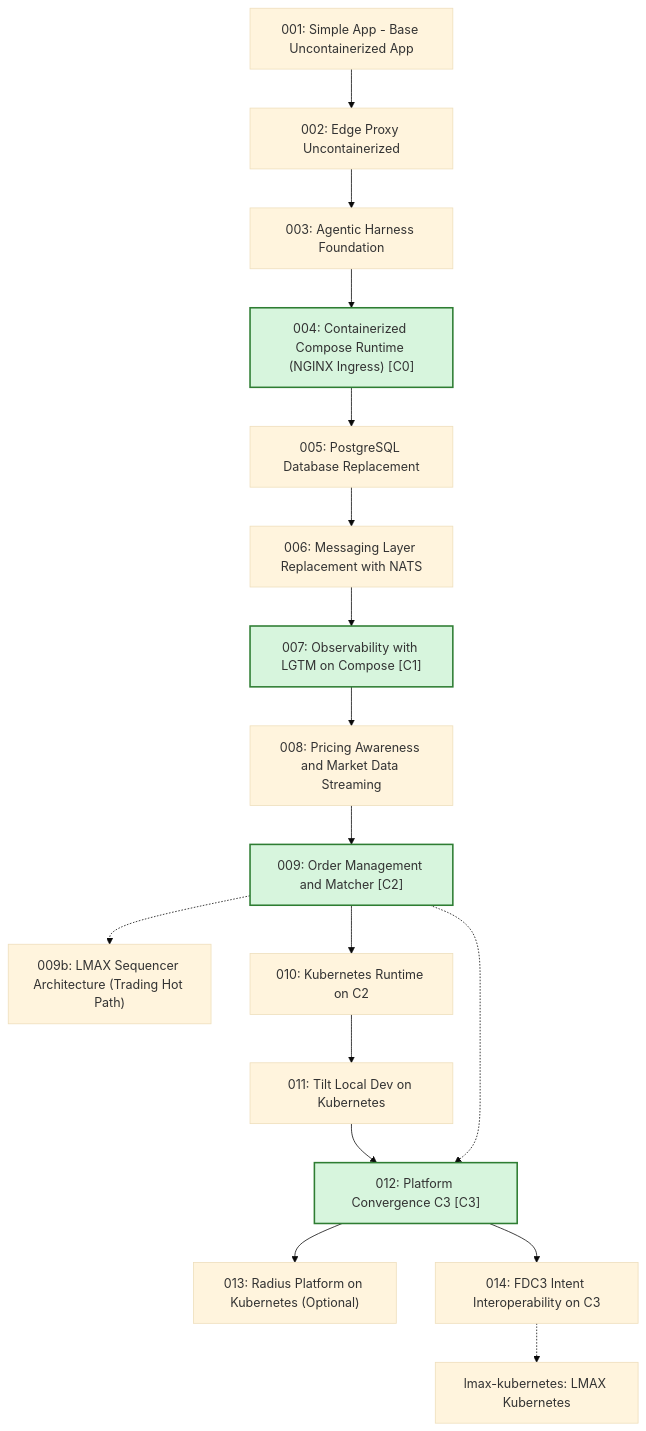
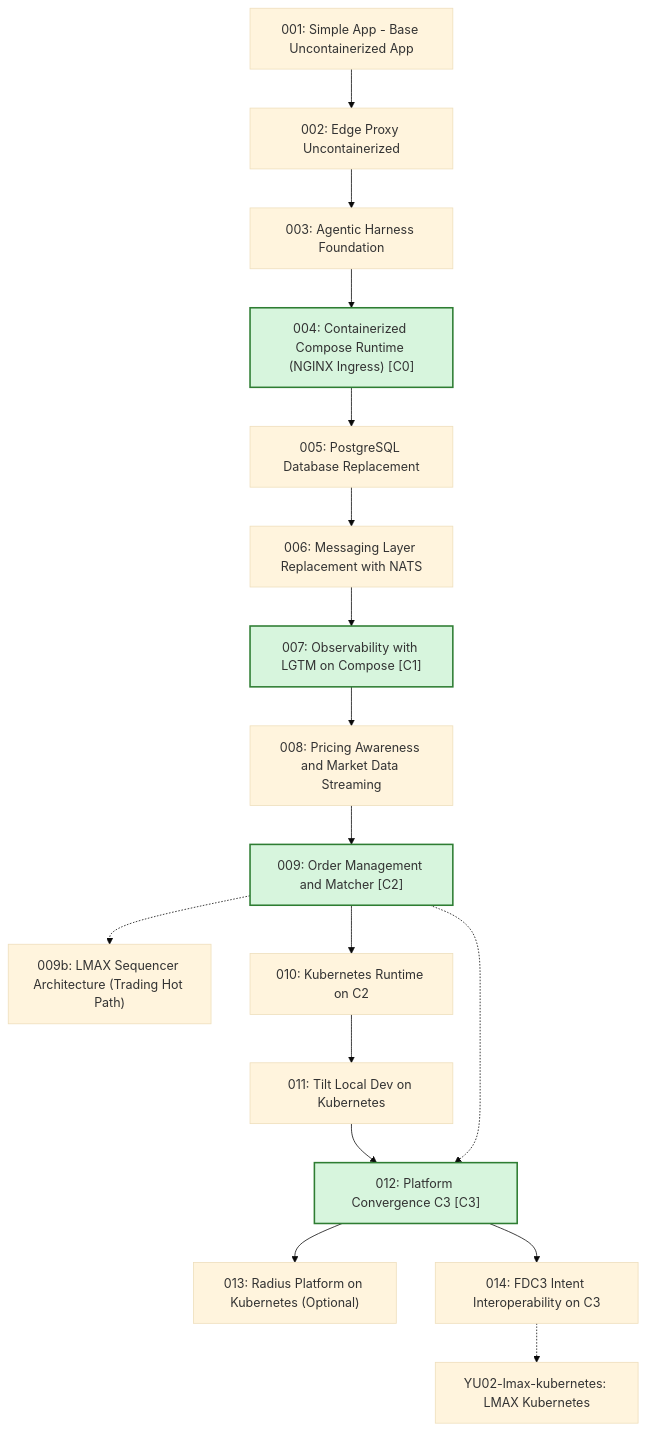
The second of 3 diagrams in docs/learning-paths/index.md (YU-CS-Summer-2026-Distributed-TraderX/traderX), drawn with Mermaid (base theme) before and after one commit. The commit also changed other lines of this file and 229 other files, not shown here.

````diff
--- a/docs/learning-paths/index.md
+++ b/docs/learning-paths/index.md
@@ -36,56 +36,56 @@
 ```mermaid
 flowchart TB
   S001_baseline_uncontainerized_parity["001: Simple App - Base Uncontainerized App"]
   S002_edge_proxy_uncontainerized["002: Edge Proxy Uncontainerized"]
   S003_agentic_harness_foundation["003: Agentic Harness Foundation"]
   S004_containerized_compose_runtime["004: Containerized Compose Runtime (NGINX Ingress) [C0]"]
   S005_postgres_database_replacement["005: PostgreSQL Database Replacement"]
   S006_messaging_nats_replacement["006: Messaging Layer Replacement with NATS"]
   S007_observability_lgtm_compose["007: Observability with LGTM on Compose [C1]"]
   S008_pricing_awareness_market_data["008: Pricing Awareness and Market Data Streaming"]
   S009_order_management_matcher["009: Order Management and Matcher [C2]"]
   S009b_lmax_sequencer_architecture["009b: LMAX Sequencer Architecture (Trading Hot Path)"]
   S010_kubernetes_runtime["010: Kubernetes Runtime on C2"]
   S011_tilt_kubernetes_dev_loop["011: Tilt Local Dev on Kubernetes"]
   S012_platform_convergence_c3["012: Platform Convergence C3 [C3]"]
   S013_radius_kubernetes_platform["013: Radius Platform on Kubernetes (Optional)"]
   S014_fdc3_intent_interoperability["014: FDC3 Intent Interoperability on C3"]
-  Slmax_kubernetes["lmax-kubernetes: LMAX Kubernetes"]
+  Slmax_kubernetes["YU02-lmax-kubernetes: LMAX Kubernetes"]
   S001_baseline_uncontainerized_parity --> S002_edge_proxy_uncontainerized
   S002_edge_proxy_uncontainerized --> S003_agentic_harness_foundation
   S003_agentic_harness_foundation --> S004_containerized_compose_runtime
   S004_containerized_compose_runtime --> S005_postgres_database_replacement
   S005_postgres_database_replacement --> S006_messaging_nats_replacement
   S006_messaging_nats_replacement --> S007_observability_lgtm_compose
   S007_observability_lgtm_compose --> S008_pricing_awareness_market_data
   S008_pricing_awareness_market_data --> S009_order_management_matcher
   S009_order_management_matcher -.-> S009b_lmax_sequencer_architecture
   S009_order_management_matcher --> S010_kubernetes_runtime
   S010_kubernetes_runtime --> S011_tilt_kubernetes_dev_loop
   S011_tilt_kubernetes_dev_loop --> S012_platform_convergence_c3
   S012_platform_convergence_c3 --> S013_radius_kubernetes_platform
   S012_platform_convergence_c3 --> S014_fdc3_intent_interoperability
   S014_fdc3_intent_interoperability -.-> Slmax_kubernetes
   S009_order_management_matcher -.-> S012_platform_convergence_c3
   click S001_baseline_uncontainerized_parity href "/specs/baseline-uncontainerized-parity" "Open State 001 Spec Pack"
   click S002_edge_proxy_uncontainerized href "/specs/edge-proxy-uncontainerized" "Open State 002 Spec Pack"
   click S003_agentic_harness_foundation href "/specs/agentic-harness-foundation" "Open State 003 Spec Pack"
   click S004_containerized_compose_runtime href "/specs/containerized-compose-runtime" "Open State 004 Spec Pack"
   click S005_postgres_database_replacement href "/specs/postgres-database-replacement" "Open State 005 Spec Pack"
   click S006_messaging_nats_replacement href "/specs/messaging-nats-replacement" "Open State 006 Spec Pack"
   click S007_observability_lgtm_compose href "/specs/observability-lgtm-compose" "Open State 007 Spec Pack"
   click S008_pricing_awareness_market_data href "/specs/pricing-awareness-market-data" "Open State 008 Spec Pack"
   click S009_order_management_matcher href "/specs/order-management-matcher" "Open State 009 Spec Pack"
   click S009b_lmax_sequencer_architecture href "/specs/lmax-sequencer-architecture" "Open State 009b Spec Pack"
   click S010_kubernetes_runtime href "/specs/kubernetes-runtime" "Open State 010 Spec Pack"
   click S011_tilt_kubernetes_dev_loop href "/specs/tilt-kubernetes-dev-loop" "Open State 011 Spec Pack"
   click S012_platform_convergence_c3 href "/specs/platform-convergence-c3" "Open State 012 Spec Pack"
   click S013_radius_kubernetes_platform href "/specs/radius-kubernetes-platform" "Open State 013 Spec Pack"
   click S014_fdc3_intent_interoperability href "/specs/fdc3-intent-interoperability" "Open State 014 Spec Pack"
-  click Slmax_kubernetes href "/specs/lmax-kubernetes" "Open State lmax-kubernetes Spec Pack"
+  click Slmax_kubernetes href "/specs/YU02-lmax-kubernetes" "Open State YU02-lmax-kubernetes Spec Pack"
   classDef convergence fill:#d7f5dd,stroke:#2e7d32,stroke-width:2px
   class S004_containerized_compose_runtime convergence
   class S007_observability_lgtm_compose convergence
   class S009_order_management_matcher convergence
   class S012_platform_convergence_c3 convergence
 ```
````
